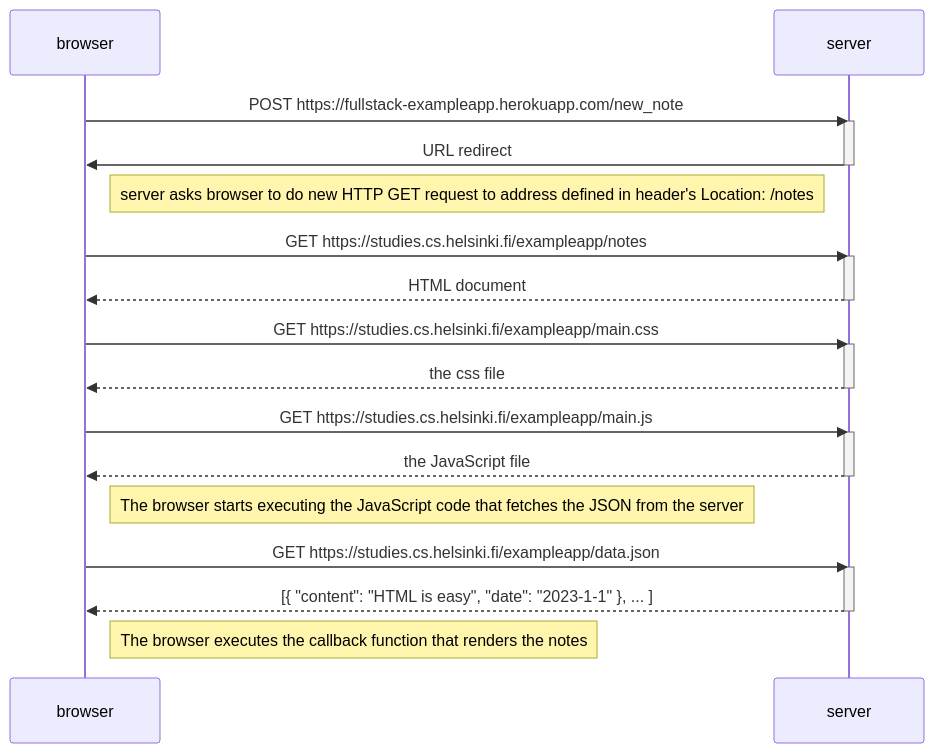
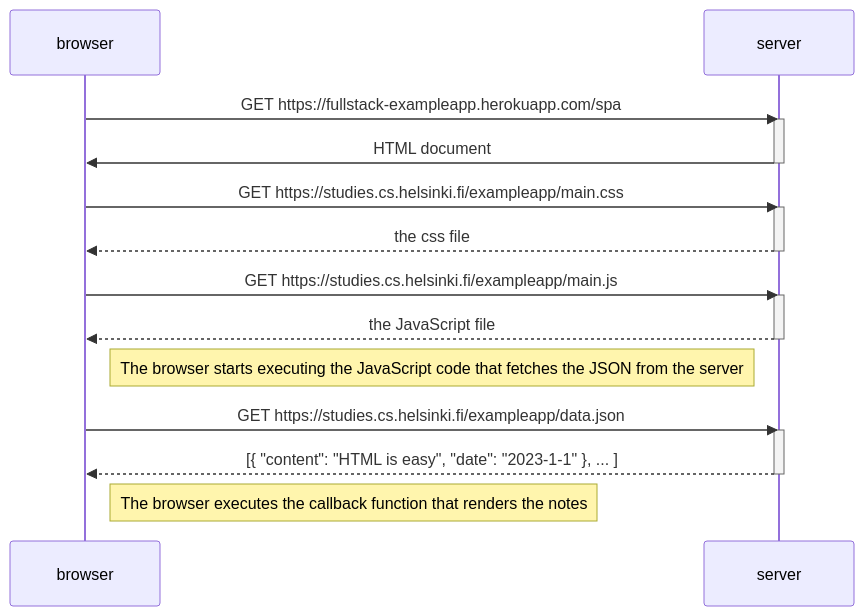
The diagram in part0/05.md (JuneDev-html/fullstackopen), drawn with Mermaid before and after one commit. The commit also changed 1 other file, not shown here.

Commit message:
Forgot to save 04 file

````diff
--- a/part0/05.md
+++ b/part0/05.md
@@ -3,36 +3,29 @@
 ```mermaid
  sequenceDiagram
     participant browser
     participant server
 
-    browser->>server: POST https://fullstack-exampleapp.herokuapp.com/new_note
+    browser->>server: GET https://fullstack-exampleapp.herokuapp.com/spa
     activate server
-    server->>browser: URL redirect
-    deactivate server
-
-    Note right of browser: server asks browser to do new HTTP GET request to address defined in header's Location: /notes
-
-    browser->>server: GET https://studies.cs.helsinki.fi/exampleapp/notes
-    activate server
-    server-->>browser: HTML document
+    server->>browser: HTML document
     deactivate server
 
     browser->>server: GET https://studies.cs.helsinki.fi/exampleapp/main.css
     activate server
     server-->>browser: the css file
     deactivate server
 
     browser->>server: GET https://studies.cs.helsinki.fi/exampleapp/main.js
     activate server
     server-->>browser: the JavaScript file
     deactivate server
 
     Note right of browser: The browser starts executing the JavaScript code that fetches the JSON from the server
 
     browser->>server: GET https://studies.cs.helsinki.fi/exampleapp/data.json
     activate server
     server-->>browser: [{ "content": "HTML is easy", "date": "2023-1-1" }, ... ]
     deactivate server
 
     Note right of browser: The browser executes the callback function that renders the notes
 ```
````
